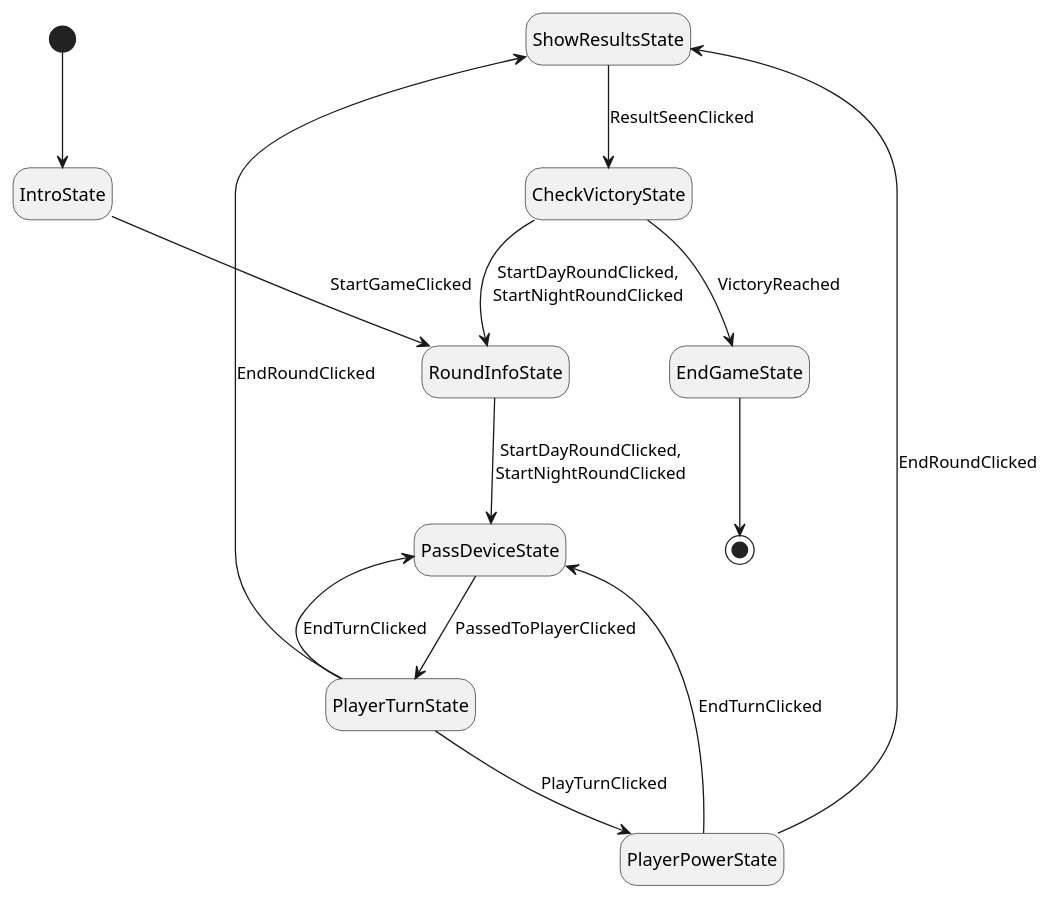
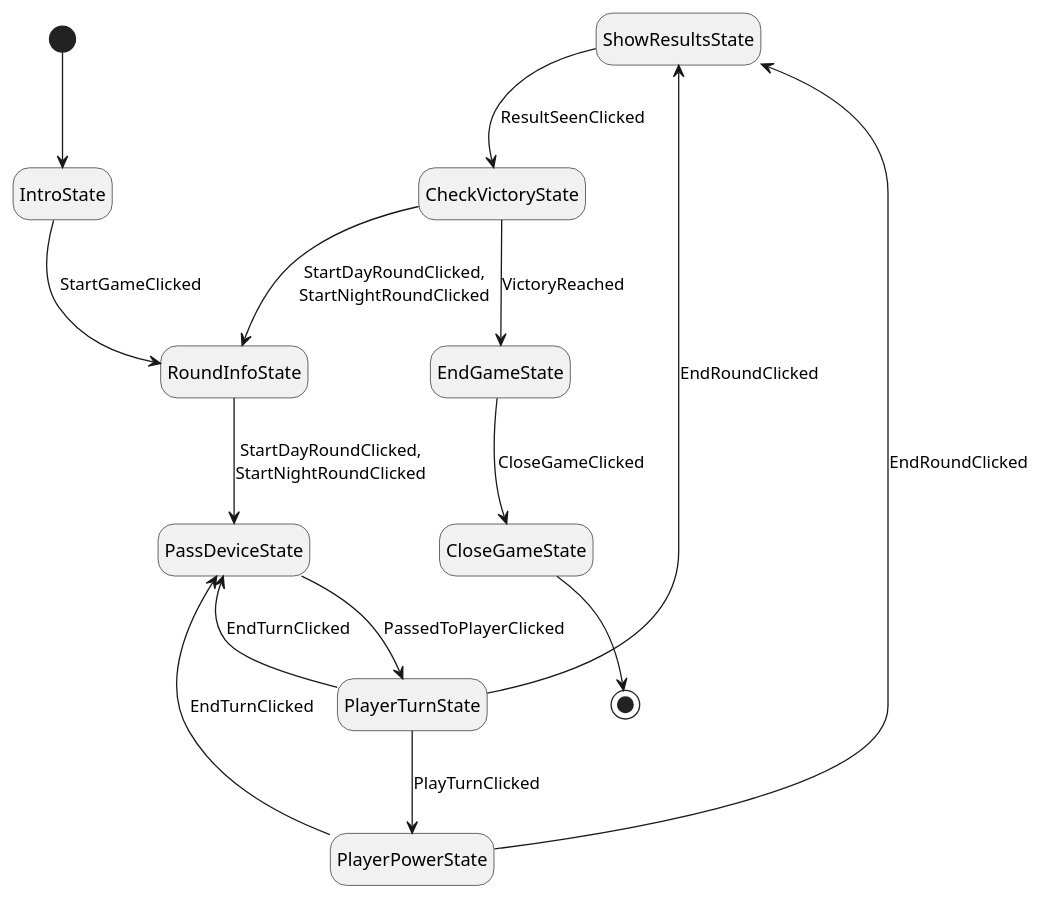
One commit to LivingWithHippos/Keter-Escape changed the diagram in UML/fsm.puml. Above: the diagram before and after it, drawn with PlantUML.

Commit message:
Updated fsm diagram

```diff
--- a/UML/fsm.puml
+++ b/UML/fsm.puml
@@ -1,35 +1,38 @@
 @startuml
 hide empty description
 
 State ShowResultsState
 State RoundInfoState
 State PlayerTurnState
 State PlayerPowerState
 State PassDeviceState
 State IntroState
 State EndGameState
 State CheckVictoryState
+state CloseGameState
 
 
 [*] --> IntroState
 IntroState --> RoundInfoState: StartGameClicked
 
 PassDeviceState --> PlayerTurnState: PassedToPlayerClicked
 
 PlayerPowerState --> ShowResultsState: EndRoundClicked
 PlayerPowerState --> PassDeviceState: EndTurnClicked
 
 PlayerTurnState --> ShowResultsState: EndRoundClicked
 PlayerTurnState --> PassDeviceState: EndTurnClicked
 PlayerTurnState --> PlayerPowerState: PlayTurnClicked
 
 RoundInfoState --> PassDeviceState: StartDayRoundClicked,\nStartNightRoundClicked
 
 ShowResultsState --> CheckVictoryState: ResultSeenClicked
 
 CheckVictoryState --> EndGameState: VictoryReached
 CheckVictoryState --> RoundInfoState: StartDayRoundClicked,\nStartNightRoundClicked
 
-EndGameState --> [*]
+EndGameState --> CloseGameState: CloseGameClicked
+
+CloseGameState --> [*]
 
 @enduml
```
